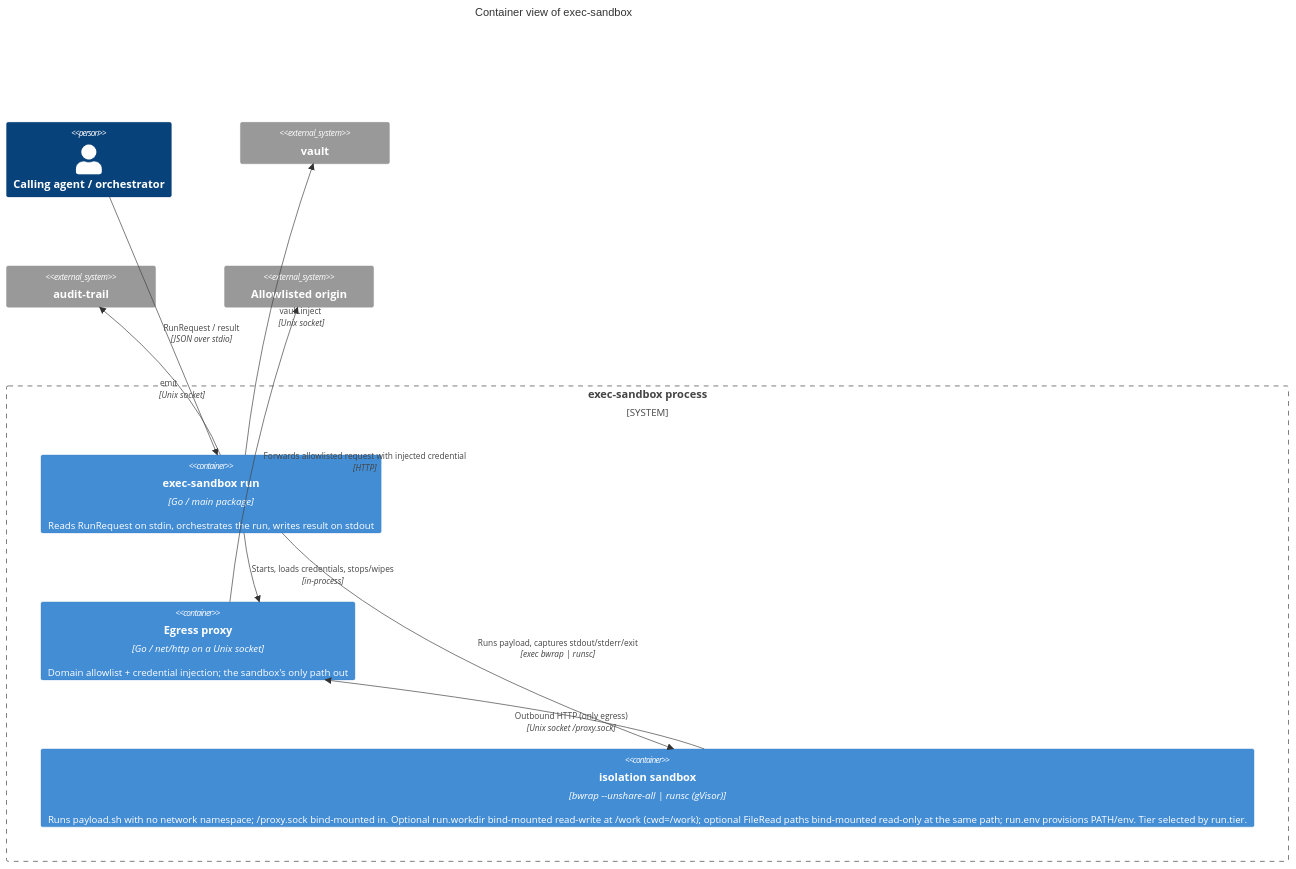
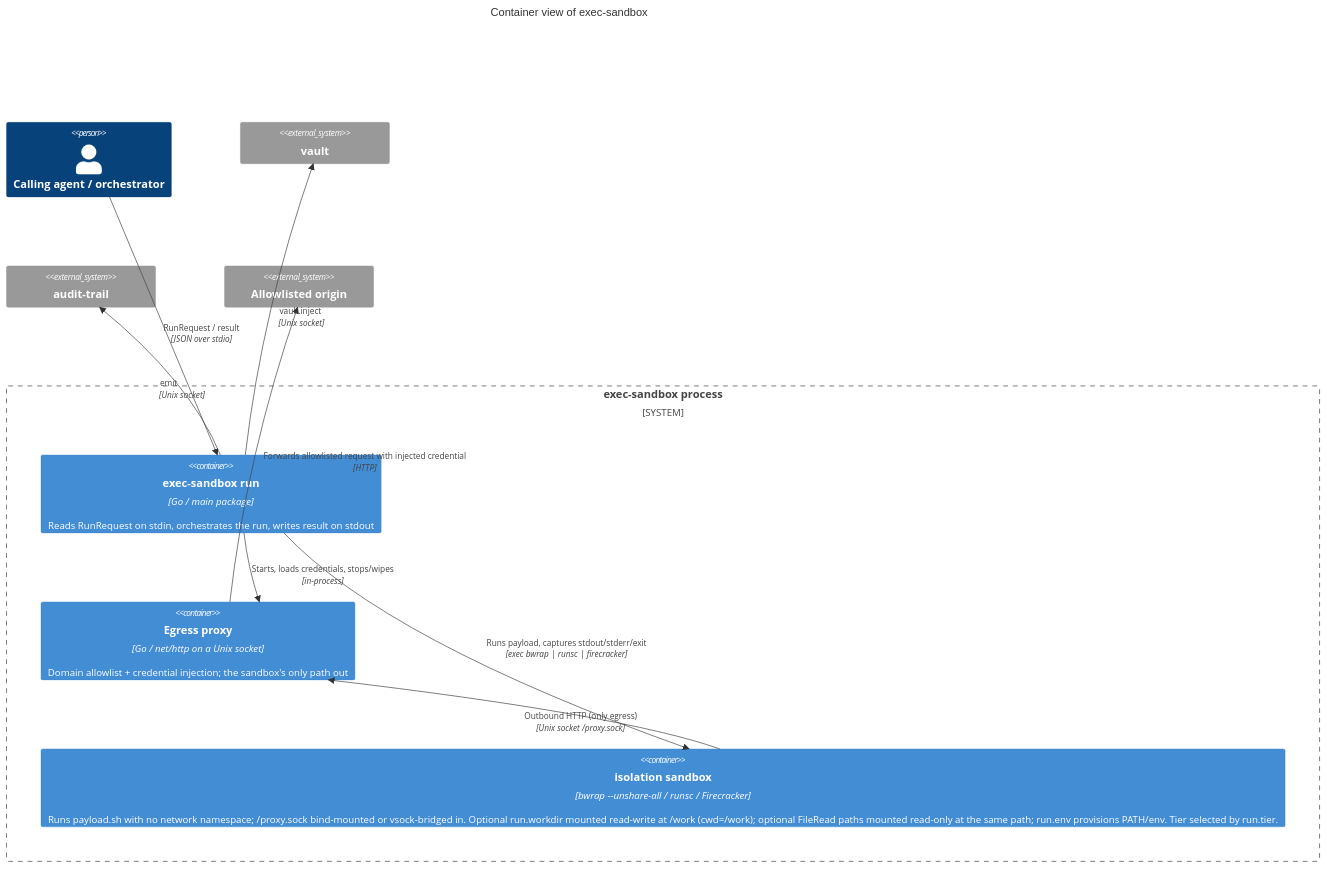
Before and after one commit to tkdtaylor/exec-sandbox: the second of 4 diagrams in docs/architecture/diagrams.md, drawn with Mermaid. The commit also changed other lines of this file and 8 other files, not shown here.

Commit message:
docs: resolve post-task drift audit findings across specs and diagrams [allow-main]

````diff
--- a/docs/architecture/diagrams.md
+++ b/docs/architecture/diagrams.md
@@ -40,24 +40,24 @@
 ```mermaid
 C4Container
     title Container view of exec-sandbox
 
     Person(agent, "Calling agent / orchestrator")
 
     System_Boundary(boundary, "exec-sandbox process") {
         Container(cli, "exec-sandbox run", "Go / main package", "Reads RunRequest on stdin, orchestrates the run, writes result on stdout")
         Container(proxy, "Egress proxy", "Go / net/http on a Unix socket", "Domain allowlist + credential injection; the sandbox's only path out")
-        Container(sandbox, "isolation sandbox", "bwrap --unshare-all | runsc (gVisor)", "Runs payload.sh with no network namespace; /proxy.sock bind-mounted in. Optional run.workdir bind-mounted read-write at /work (cwd=/work); optional FileRead paths bind-mounted read-only at the same path; run.env provisions PATH/env. Tier selected by run.tier.")
+        Container(sandbox, "isolation sandbox", "bwrap --unshare-all / runsc / Firecracker", "Runs payload.sh with no network namespace; /proxy.sock bind-mounted or vsock-bridged in. Optional run.workdir mounted read-write at /work (cwd=/work); optional FileRead paths mounted read-only at the same path; run.env provisions PATH/env. Tier selected by run.tier.")
     }
 
     System_Ext(vault, "vault")
     System_Ext(audit, "audit-trail")
     System_Ext(origin, "Allowlisted origin")
 
     Rel(agent, cli, "RunRequest / result", "JSON over stdio")
     Rel(cli, vault, "vault.inject", "Unix socket")
     Rel(cli, audit, "emit", "Unix socket")
     Rel(cli, proxy, "Starts, loads credentials, stops/wipes", "in-process")
-    Rel(cli, sandbox, "Runs payload, captures stdout/stderr/exit", "exec bwrap | runsc")
+    Rel(cli, sandbox, "Runs payload, captures stdout/stderr/exit", "exec bwrap | runsc | firecracker")
     Rel(sandbox, proxy, "Outbound HTTP (only egress)", "Unix socket /proxy.sock")
     Rel(proxy, origin, "Forwards allowlisted request with injected credential", "HTTP")
 ```
````
